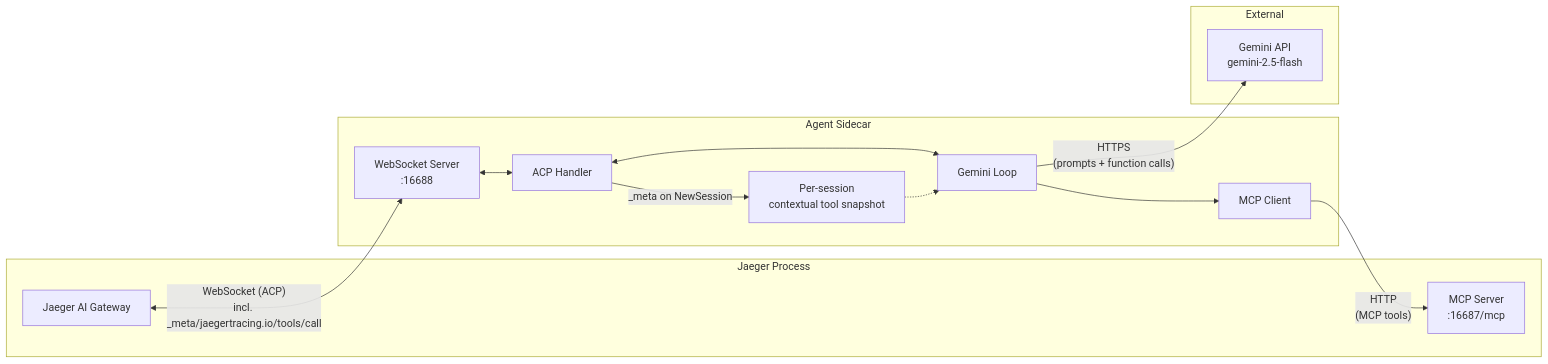
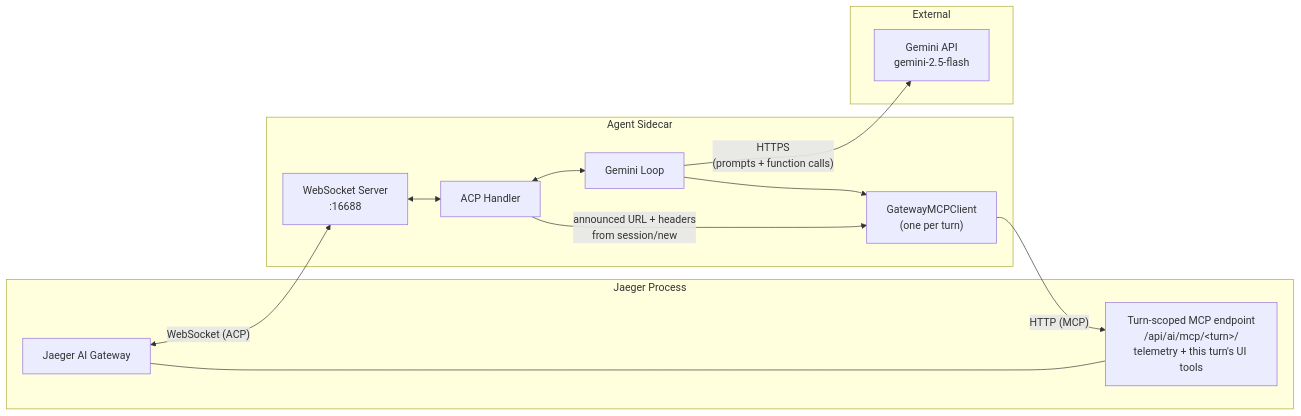
Before and after one commit to jaegertracing/jaeger: the first of 2 diagrams in scripts/ai-sidecar/gemini/README.md, drawn with Mermaid. The commit also changed other lines of this file and 11 other files, not shown here.

Commit message:
feat(ai-sidecar): Dial the gateway MCP endpoint as the sidecar's only tool egress

````diff
--- a/scripts/ai-sidecar/gemini/README.md
+++ b/scripts/ai-sidecar/gemini/README.md
@@ -127,28 +127,27 @@
 ```mermaid
 graph LR
     subgraph Jaeger Process
         GW[Jaeger AI Gateway]
-        MCP[MCP Server<br/>:16687/mcp]
+        MCP["Turn-scoped MCP endpoint<br/>/api/ai/mcp/&lt;turn&gt;/<br/>telemetry + this turn's UI tools"]
+        GW --- MCP
     end
 
     subgraph Agent Sidecar
         WS[WebSocket Server<br/>:16688]
         ACP[ACP Handler]
         Loop[Gemini Loop]
-        Bridge[MCP Client]
-        CTX[Per-session<br/>contextual tool snapshot]
+        Client["GatewayMCPClient<br/>(one per turn)"]
     end
 
     subgraph External
         Gemini[Gemini API<br/>gemini-2.5-flash]
     end
 
-    GW <-- "WebSocket (ACP)<br/>incl. _meta/jaegertracing.io/tools/call" --> WS
+    GW <-- "WebSocket (ACP)" --> WS
     WS <--> ACP
+    ACP -- "announced URL + headers<br/>from session/new" --> Client
     ACP <--> Loop
-    ACP -- "_meta on NewSession" --> CTX
-    Loop --> Bridge
-    Bridge -- "HTTP<br/>(MCP tools)" --> MCP
+    Loop --> Client
+    Client -- "HTTP (MCP)" --> MCP
     Loop -- "HTTPS<br/>(prompts + function calls)" --> Gemini
-    CTX -.-> Loop
 ```
````
